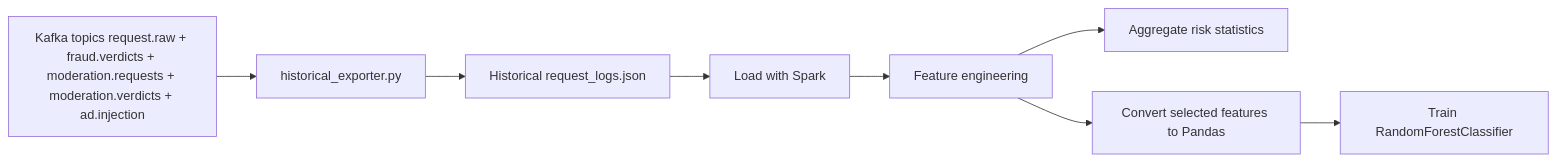
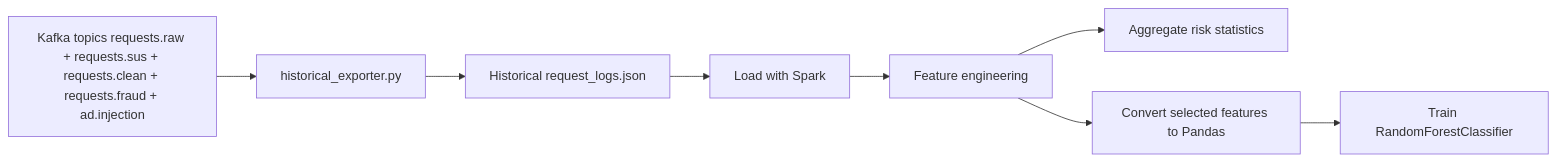
Before and after one commit to IamMistake/ai-ad-request-safety-pipeline: the diagram in docs/spark_analytics.md, drawn with Mermaid. The commit also changed other lines of this file and 27 other files, not shown here.

Commit message:
document new architecture phase one

````diff
--- a/docs/spark_analytics.md
+++ b/docs/spark_analytics.md
@@ -12,10 +12,10 @@
 ```mermaid
 flowchart LR
-    A[Kafka topics request.raw + fraud.verdicts + moderation.requests + moderation.verdicts + ad.injection] --> B[historical_exporter.py]
+    A[Kafka topics requests.raw + requests.sus + requests.clean + requests.fraud + ad.injection] --> B[historical_exporter.py]
     B --> C[Historical request_logs.json]
     C --> D[Load with Spark]
     D --> E[Feature engineering]
     E --> F[Aggregate risk statistics]
     E --> G[Convert selected features to Pandas]
     G --> H[Train RandomForestClassifier]
 ```
````
